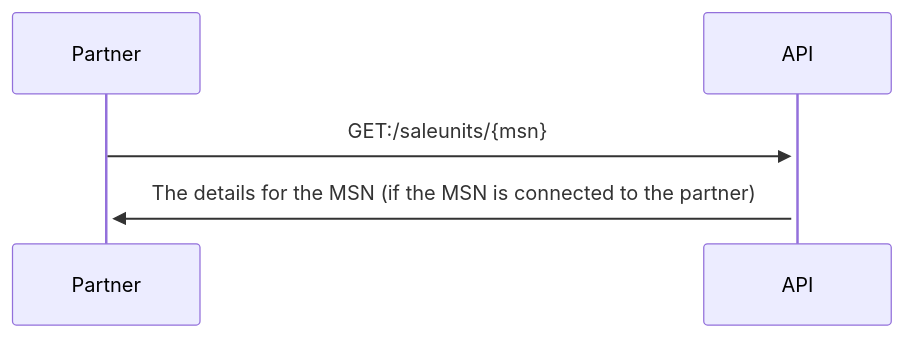
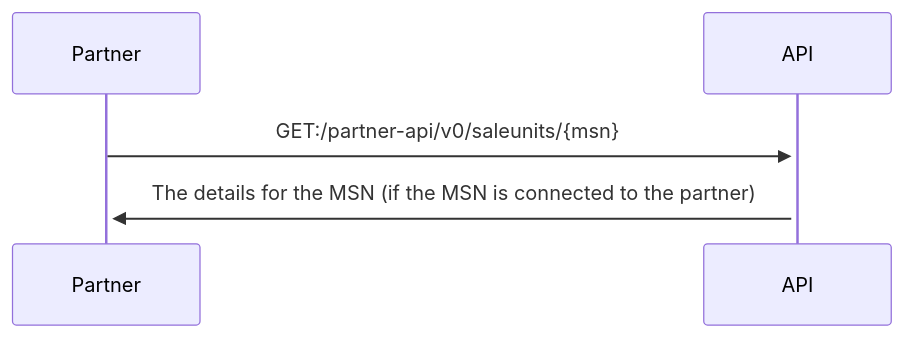
Before and after one commit to vippsas/vipps-partner-api: the second of 3 diagrams in vipps-partner-api.md, drawn with Mermaid. The commit also changed other lines of this file and 2 other files, not shown here.

Commit message:
Update endpoint html paths to show whole name (including partner-api and version)

````diff
--- a/vipps-partner-api.md
+++ b/vipps-partner-api.md
@@ -137,5 +127,5 @@
 ```mermaid
 sequenceDiagram
-    Partner->>+API: GET:/saleunits/{msn}
+    Partner->>+API: GET:/partner-api/v0/saleunits/{msn}
     API->>+Partner: The details for the MSN (if the MSN is connected to the partner)
 ```
````
